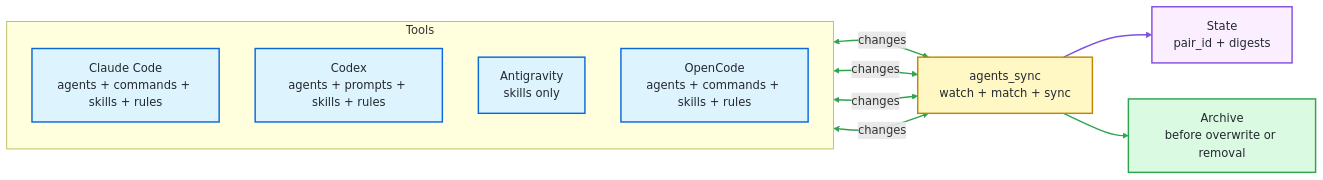
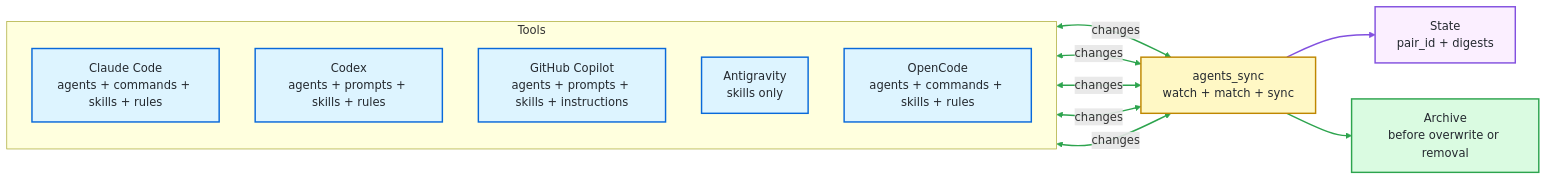
One commit to cognitivesand/agents_sync changed the diagram in README.md. Above: the diagram before and after it, drawn with Mermaid. The commit also changed other lines of this file and 19 other files, not shown here.

Commit message:
Add GitHub Copilot adapter

````diff
--- a/README.md
+++ b/README.md
@@ -65,35 +65,37 @@
 ```mermaid
 flowchart LR
     subgraph Tools["Tools"]
         direction TB
         Claude["Claude Code<br/>agents + commands + skills + rules"]
         Codex["Codex<br/>agents + prompts + skills + rules"]
+        Copilot["GitHub Copilot<br/>agents + prompts + skills + instructions"]
         Antigravity["Antigravity<br/>skills only"]
         Opencode["OpenCode<br/>agents + commands + skills + rules"]
     end
 
     Sync["agents_sync<br/>watch + match + sync"]
     State["State<br/>pair_id + digests"]
     Archive["Archive<br/>before overwrite or removal"]
 
     Claude <-->|changes| Sync
     Codex <-->|changes| Sync
+    Copilot <-->|changes| Sync
     Antigravity <-->|changes| Sync
     Opencode <-->|changes| Sync
     Sync --> State
     Sync --> Archive
 
     classDef side fill:#ddf4ff,stroke:#0969da,stroke-width:2px,color:#24292f
     classDef sync fill:#fff8c5,stroke:#bf8700,stroke-width:2px,color:#24292f
     classDef state fill:#fbefff,stroke:#8250df,stroke-width:2px,color:#24292f
     classDef archive fill:#dafbe1,stroke:#2da44e,stroke-width:2px,color:#24292f
 
-    class Claude,Codex,Antigravity,Opencode side
+    class Claude,Codex,Copilot,Antigravity,Opencode side
     class Sync sync
     class State state
     class Archive archive
 
-    linkStyle 0,1,2,3 stroke:#2da44e,stroke-width:2px
-    linkStyle 4 stroke:#8250df,stroke-width:2px
-    linkStyle 5 stroke:#2da44e,stroke-width:2px
+    linkStyle 0,1,2,3,4 stroke:#2da44e,stroke-width:2px
+    linkStyle 5 stroke:#8250df,stroke-width:2px
+    linkStyle 6 stroke:#2da44e,stroke-width:2px
 ```
````
